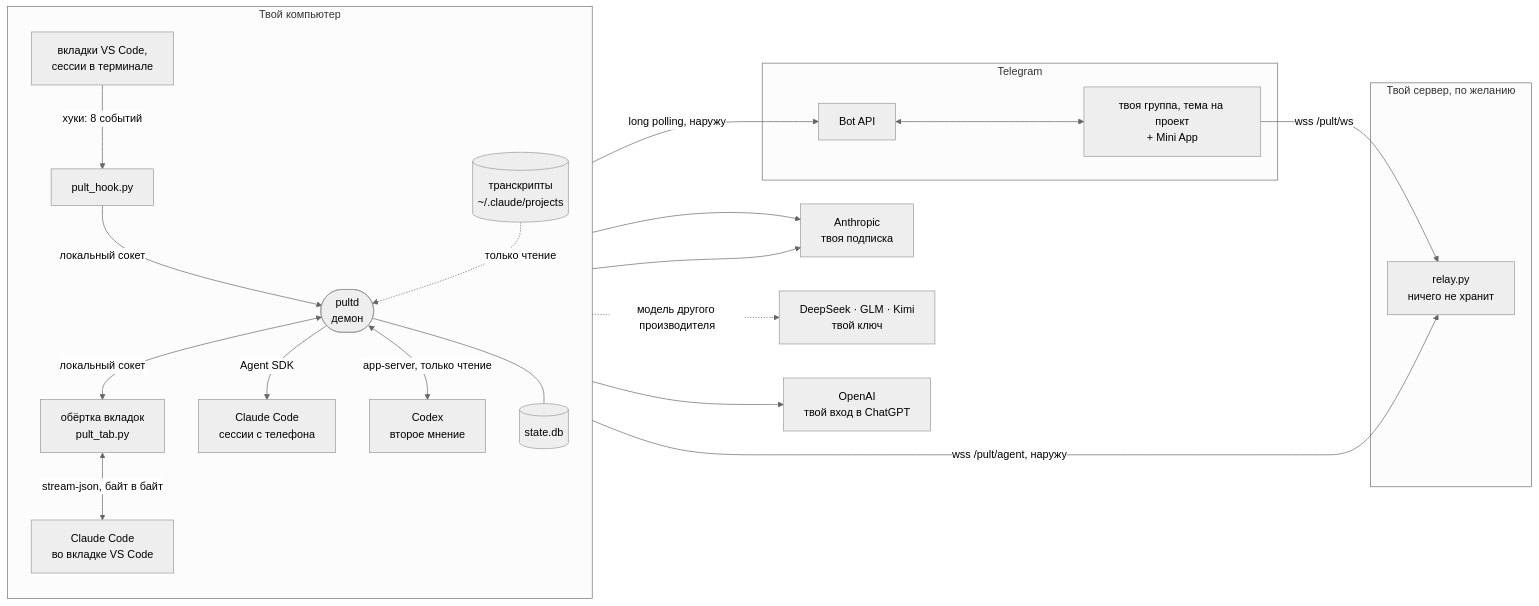
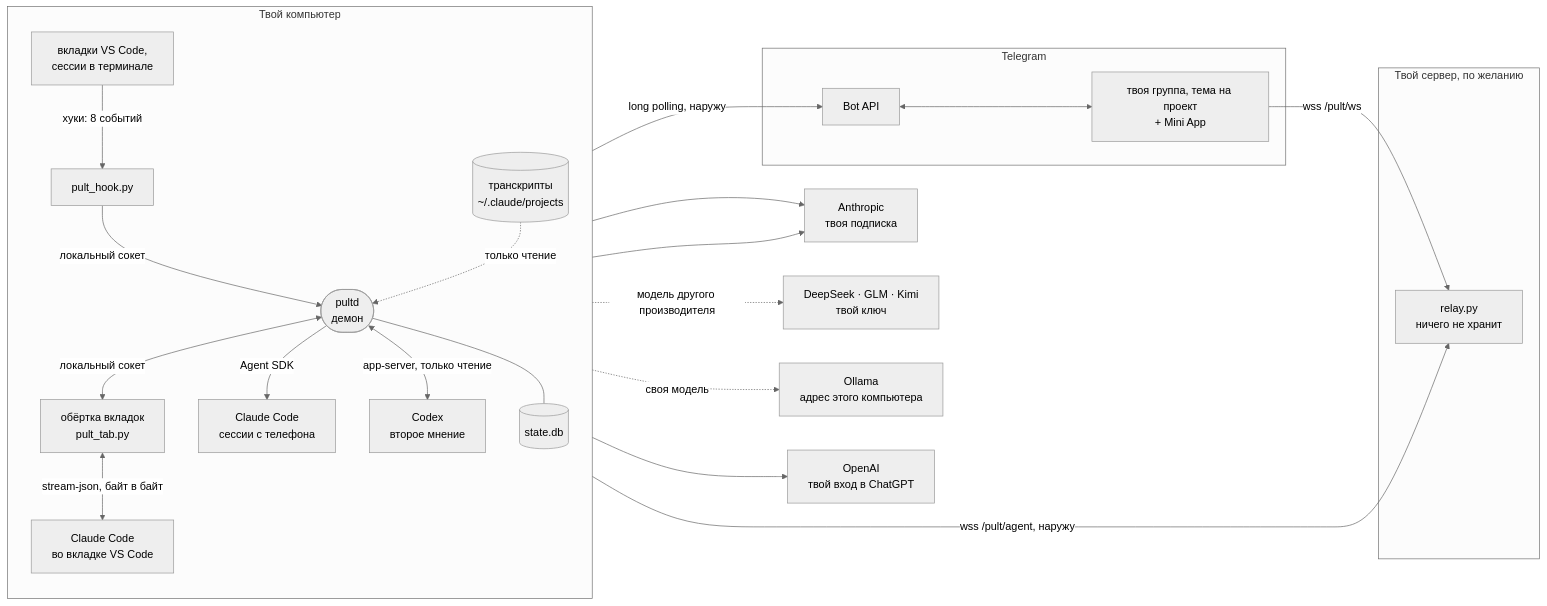
The first of 6 diagrams in ARCHITECTURE.ru.md (pulthq/pult), drawn with Mermaid (neutral theme) before and after one commit. The commit also changed other lines of this file and 29 other files, not shown here.

````diff
--- a/ARCHITECTURE.ru.md
+++ b/ARCHITECTURE.ru.md
@@ -14,29 +14,30 @@
 ```mermaid
 flowchart LR
   subgraph PC["Твой компьютер"]
     direction TB
     TAB["вкладки VS Code,<br/>сессии в терминале"] -->|"хуки: 8 событий"| HOOK["pult_hook.py"]
     HOOK -->|"локальный сокет"| D(["pultd<br/>демон"])
     D <-->|"локальный сокет"| WRAP["обёртка вкладок<br/>pult_tab.py"]
     WRAP <-->|"stream-json, байт в байт"| CCT["Claude Code<br/>во вкладке VS Code"]
     D -->|"Agent SDK"| CCS["Claude Code<br/>сессии с телефона"]
     D <-->|"app-server, только чтение"| CX["Codex<br/>второе мнение"]
     LOGS[("транскрипты<br/>~/.claude/projects")] -.->|"только чтение"| D
     D --- DB[("state.db")]
   end
   subgraph SRV["Твой сервер, по желанию"]
     R["relay.py<br/>ничего не хранит"]
   end
   subgraph TG["Telegram"]
     API["Bot API"]
     APP["твоя группа, тема на проект<br/>+ Mini App"]
   end
   D -->|"long polling, наружу"| API
   API <--> APP
   APP -->|"wss /pult/ws"| R
   D -->|"wss /pult/agent, наружу"| R
   CCT --> ANT["Anthropic<br/>твоя подписка"]
   CCS --> ANT
   CCS -.->|"модель другого производителя"| VEN["DeepSeek · GLM · Kimi<br/>твой ключ"]
+  CCS -.->|"своя модель"| OLL["Ollama<br/>адрес этого компьютера"]
   CX --> OAI["OpenAI<br/>твой вход в ChatGPT"]
 ```
````
